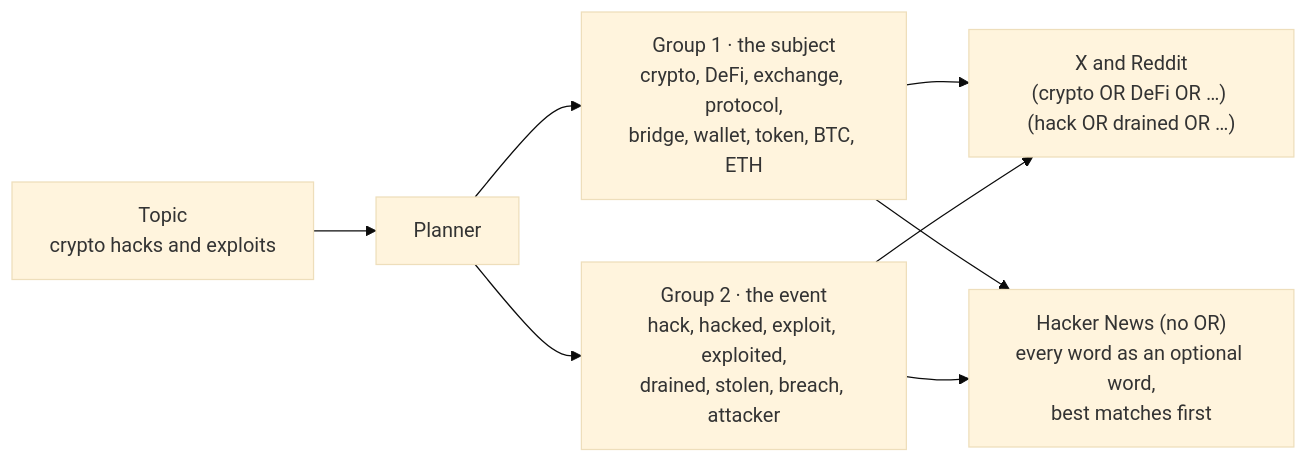
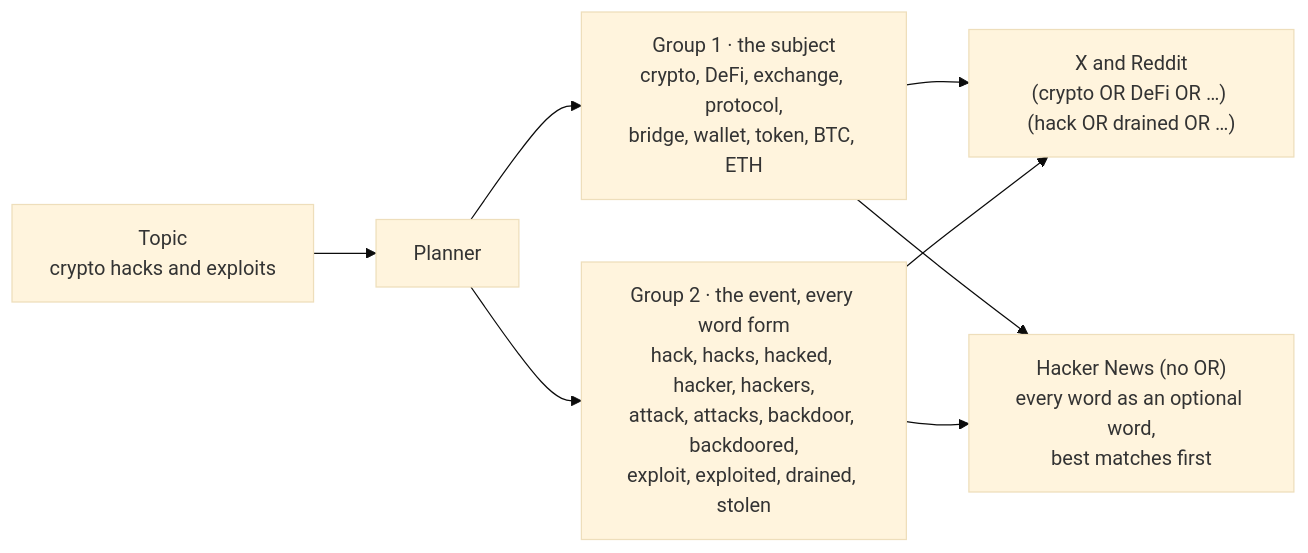
Before and after one commit to thalderg/n8n: the third of 9 diagrams in workflows/claim-checks/README.md, drawn with Mermaid (base theme). The commit also changed other lines of this file and 3 other files, not shown here.

````diff
--- a/workflows/claim-checks/README.md
+++ b/workflows/claim-checks/README.md
@@ -117,10 +117,10 @@
 ```mermaid
 flowchart LR
     T["Topic<br/>crypto hacks and exploits"] --> P["Planner"]
     P --> G1["Group 1 · the subject<br/>crypto, DeFi, exchange, protocol,<br/>bridge, wallet, token, BTC, ETH"]
-    P --> G2["Group 2 · the event<br/>hack, hacked, exploit, exploited,<br/>drained, stolen, breach, attacker"]
+    P --> G2["Group 2 · the event, every word form<br/>hack, hacks, hacked, hacker, hackers,<br/>attack, attacks, backdoor, backdoored,<br/>exploit, exploited, drained, stolen"]
     G1 --> Q1["X and Reddit<br/>(crypto OR DeFi OR …) (hack OR drained OR …)"]
     G2 --> Q1
     G1 --> Q2["Hacker News (no OR)<br/>every word as an optional word,<br/>best matches first"]
     G2 --> Q2
 ```
````
